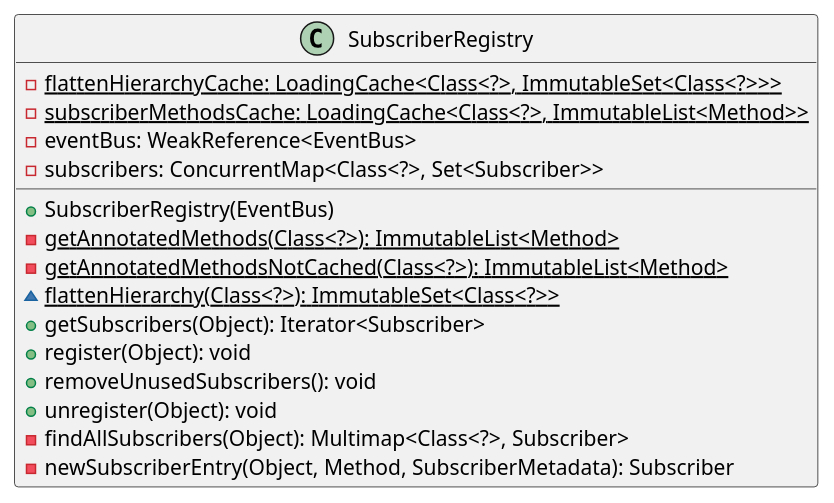
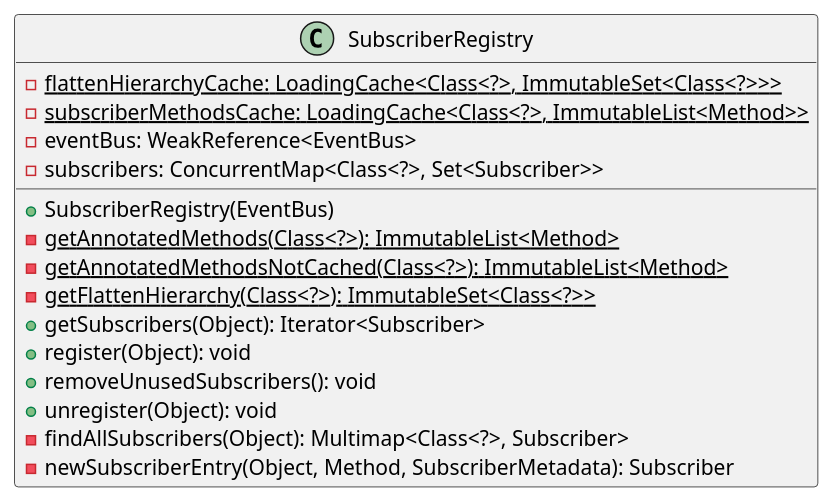
The diagram in malokhvii-eduard/malokhvii05/doc/plantuml/ua/khpi/oop/malokhvii05/common/eventbus/subscribe/SubscriberRegistry.puml (P-Kalin/kit26a), drawn with PlantUML before and after one commit. The commit also changed 3 other files, not shown here.

Commit message:
#3 malokhvii05: update graphs

```diff
--- a/malokhvii-eduard/malokhvii05/doc/plantuml/ua/khpi/oop/malokhvii05/common/eventbus/subscribe/SubscriberRegistry.puml
+++ b/malokhvii-eduard/malokhvii05/doc/plantuml/ua/khpi/oop/malokhvii05/common/eventbus/subscribe/SubscriberRegistry.puml
@@ -1,20 +1,20 @@
 @startuml
 
     class SubscriberRegistry {
         {static} -flattenHierarchyCache: LoadingCache<Class<?>, ImmutableSet<Class<?>>>
         {static} -subscriberMethodsCache: LoadingCache<Class<?>, ImmutableList<Method>>
         -eventBus: WeakReference<EventBus>
         -subscribers: ConcurrentMap<Class<?>, Set<Subscriber>>
         +SubscriberRegistry(EventBus)
         {static} -getAnnotatedMethods(Class<?>): ImmutableList<Method>
         {static} -getAnnotatedMethodsNotCached(Class<?>): ImmutableList<Method>
-        {static} ~flattenHierarchy(Class<?>): ImmutableSet<Class<?>>
+        {static} -getFlattenHierarchy(Class<?>): ImmutableSet<Class<?>>
         +getSubscribers(Object): Iterator<Subscriber>
         +register(Object): void
         +removeUnusedSubscribers(): void
         +unregister(Object): void
         -findAllSubscribers(Object): Multimap<Class<?>, Subscriber>
         -newSubscriberEntry(Object, Method, SubscriberMetadata): Subscriber
     }
 
 @enduml
```
